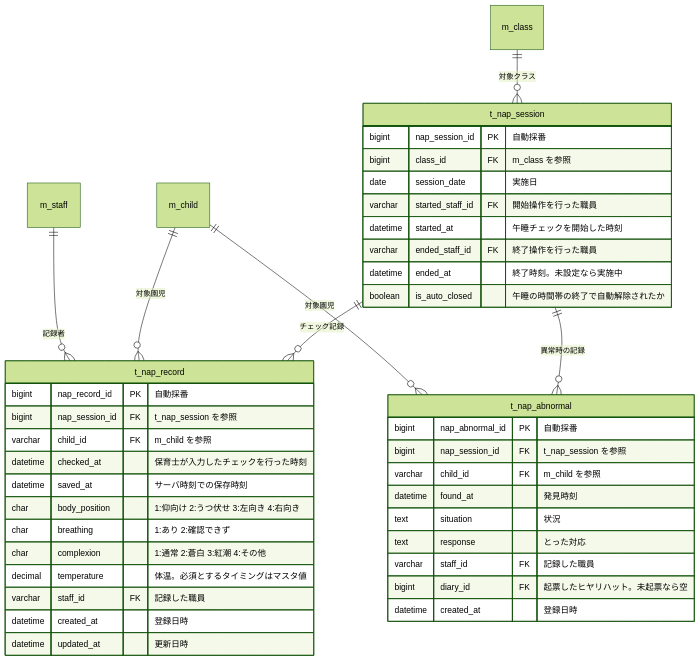
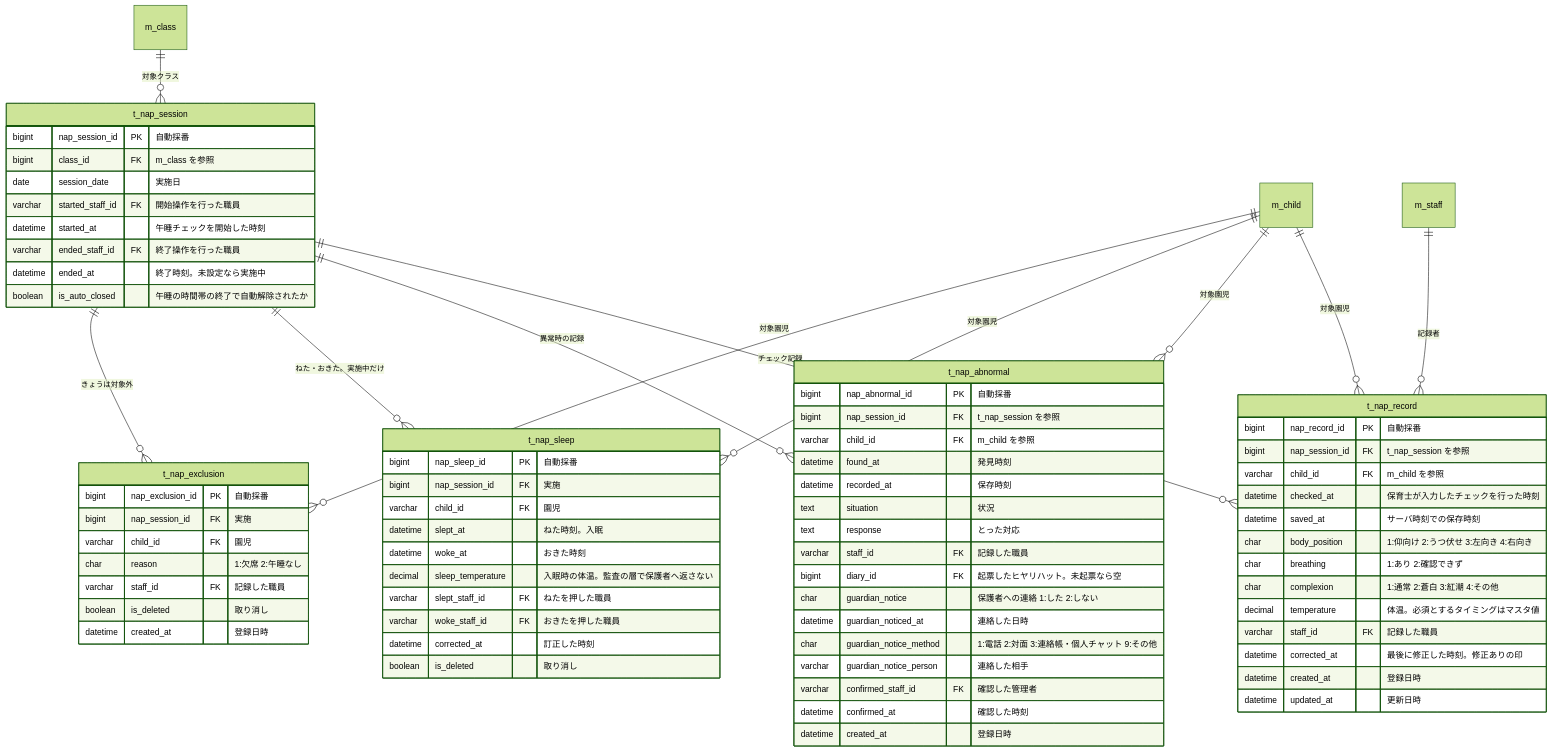
One commit to issei0423/sukusuku_system changed the seventh of 9 diagrams in 図/ER図.md. Above: the diagram before and after it, drawn with Mermaid (forest theme). The commit also changed other lines of this file and 1 other file, not shown here.

First line of the commit message:
ER図 第2.0版：連絡帳のエリアと第3.0版の13の表・列を足し、共有の列と点線を外した。基本設計書 5章に園児の顔写真の列と、保護者へのひとことを関所の段2とすることを足した（UI の係の申し送り）

````diff
--- a/図/ER図.md
+++ b/図/ER図.md
@@ -404,45 +573,78 @@
 ```mermaid
 erDiagram
     t_nap_session ||--o{ t_nap_record : "チェック記録"
     t_nap_session ||--o{ t_nap_abnormal : "異常時の記録"
     m_class ||--o{ t_nap_session : "対象クラス"
     m_child ||--o{ t_nap_record : "対象園児"
     m_child ||--o{ t_nap_abnormal : "対象園児"
     m_staff ||--o{ t_nap_record : "記録者"
+    t_nap_session ||--o{ t_nap_sleep : "ねた・おきた。実施中だけ"
+    m_child ||--o{ t_nap_sleep : "対象園児"
+    t_nap_session ||--o{ t_nap_exclusion : "きょうは対象外"
+    m_child ||--o{ t_nap_exclusion : "対象園児"
 
     t_nap_session {
         bigint nap_session_id PK "自動採番"
         bigint class_id FK "m_class を参照"
         date session_date "実施日"
         varchar started_staff_id FK "開始操作を行った職員"
         datetime started_at "午睡チェックを開始した時刻"
         varchar ended_staff_id FK "終了操作を行った職員"
         datetime ended_at "終了時刻。未設定なら実施中"
         boolean is_auto_closed "午睡の時間帯の終了で自動解除されたか"
     }
     t_nap_record {
         bigint nap_record_id PK "自動採番"
         bigint nap_session_id FK "t_nap_session を参照"
         varchar child_id FK "m_child を参照"
         datetime checked_at "保育士が入力したチェックを行った時刻"
         datetime saved_at "サーバ時刻での保存時刻"
         char body_position "1:仰向け 2:うつ伏せ 3:左向き 4:右向き"
         char breathing "1:あり 2:確認できず"
         char complexion "1:通常 2:蒼白 3:紅潮 4:その他"
         decimal temperature "体温。必須とするタイミングはマスタ値"
         varchar staff_id FK "記録した職員"
+        datetime corrected_at "最後に修正した時刻。修正ありの印"
         datetime created_at "登録日時"
         datetime updated_at "更新日時"
     }
     t_nap_abnormal {
         bigint nap_abnormal_id PK "自動採番"
         bigint nap_session_id FK "t_nap_session を参照"
         varchar child_id FK "m_child を参照"
         datetime found_at "発見時刻"
+        datetime recorded_at "保存時刻"
         text situation "状況"
         text response "とった対応"
         varchar staff_id FK "記録した職員"
         bigint diary_id FK "起票したヒヤリハット。未起票なら空"
+        char guardian_notice "保護者への連絡 1:した 2:しない"
+        datetime guardian_noticed_at "連絡した日時"
+        char guardian_notice_method "1:電話 2:対面 3:連絡帳・個人チャット 9:その他"
+        varchar guardian_notice_person "連絡した相手"
+        varchar confirmed_staff_id FK "確認した管理者"
+        datetime confirmed_at "確認した時刻"
+        datetime created_at "登録日時"
+    }
+    t_nap_sleep {
+        bigint nap_sleep_id PK "自動採番"
+        bigint nap_session_id FK "実施"
+        varchar child_id FK "園児"
+        datetime slept_at "ねた時刻。入眠"
+        datetime woke_at "おきた時刻"
+        decimal sleep_temperature "入眠時の体温。監査の層で保護者へ返さない"
+        varchar slept_staff_id FK "ねたを押した職員"
+        varchar woke_staff_id FK "おきたを押した職員"
+        datetime corrected_at "訂正した時刻"
+        boolean is_deleted "取り消し"
+    }
+    t_nap_exclusion {
+        bigint nap_exclusion_id PK "自動採番"
+        bigint nap_session_id FK "実施"
+        varchar child_id FK "園児"
+        char reason "1:欠席 2:午睡なし"
+        varchar staff_id FK "記録した職員"
+        boolean is_deleted "取り消し"
         datetime created_at "登録日時"
     }
 ```
````
